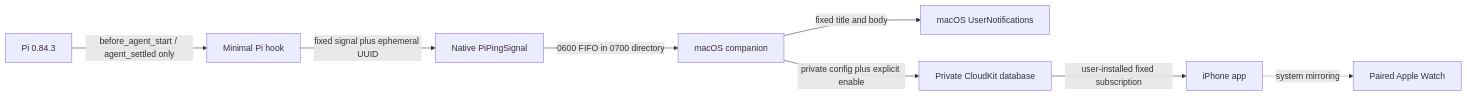
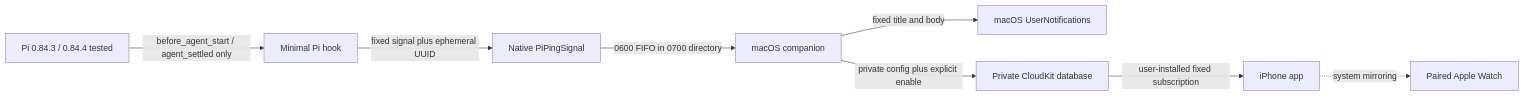
Before and after one commit to annbjer/PiPing: the diagram in Docs/ARCHITECTURE.md, drawn with Mermaid. The commit also changed other lines of this file and 25 other files, not shown here.

````diff
--- a/Docs/ARCHITECTURE.md
+++ b/Docs/ARCHITECTURE.md
@@ -5,10 +5,10 @@
 ```mermaid
 flowchart LR
-    Pi[Pi 0.84.3] -->|before_agent_start / agent_settled only| Hook[Minimal Pi hook]
+    Pi[Pi 0.84.3 / 0.84.4 tested] -->|before_agent_start / agent_settled only| Hook[Minimal Pi hook]
     Hook -->|fixed signal plus ephemeral UUID| Helper[Native PiPingSignal]
     Helper -->|0600 FIFO in 0700 directory| Mac[macOS companion]
     Mac -->|fixed title and body| Local[macOS UserNotifications]
     Mac -->|private config plus explicit enable| Cloud[Private CloudKit database]
     Cloud -->|user-installed fixed subscription| Phone[iPhone app]
     Phone -. system mirroring .-> Watch[Paired Apple Watch]
 ```
````
